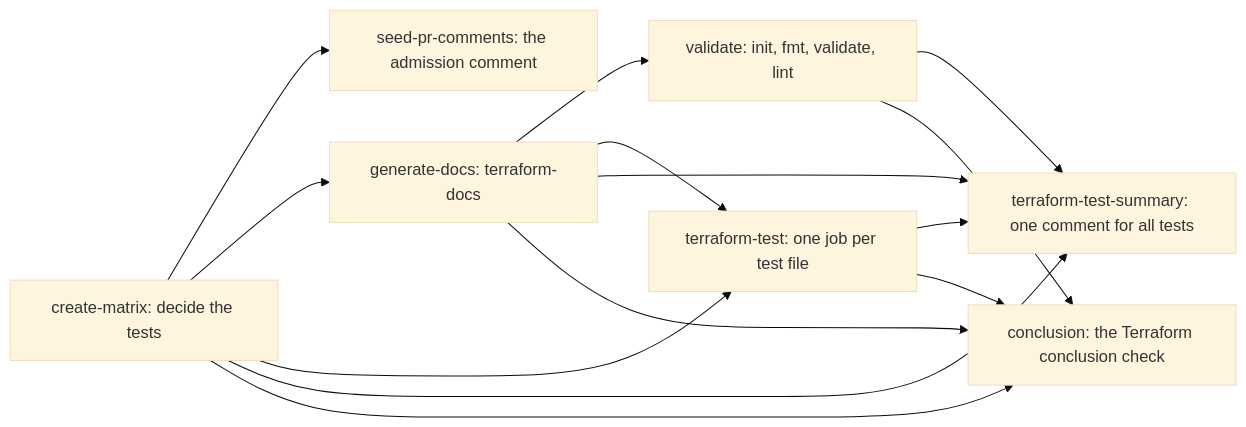
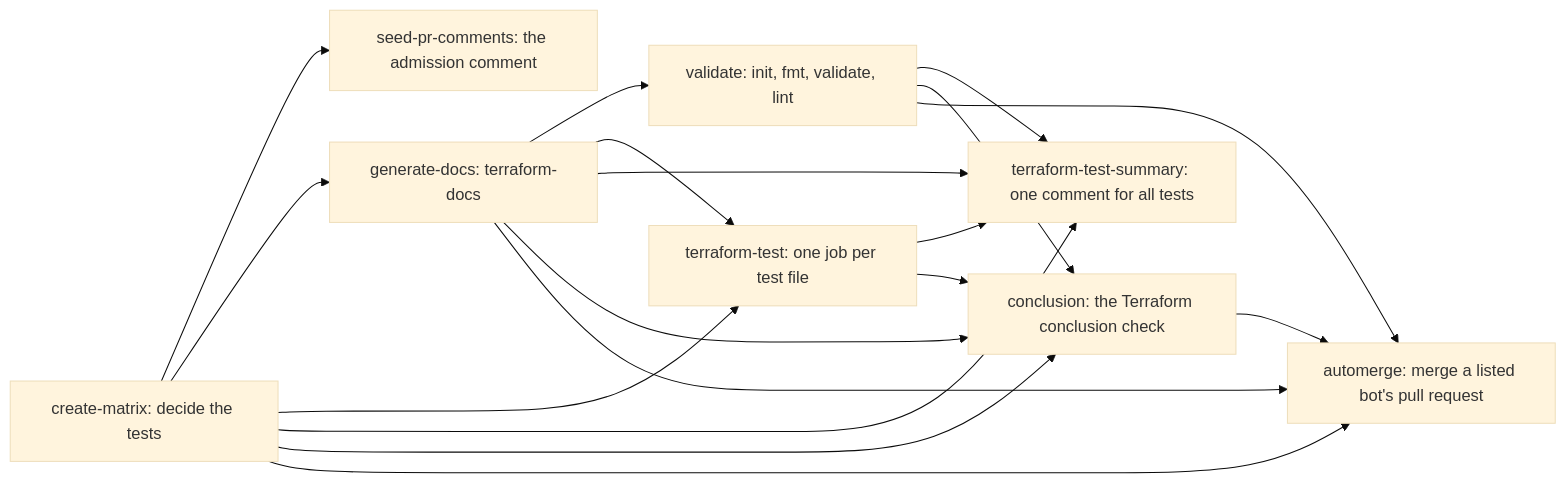
Before and after one commit to dsb-norge/github-actions-terraform: the diagram in docs/Workflow-terraform-module-ci.md, drawn with Mermaid (base theme). The commit also changed other lines of this file and 19 other files, not shown here.

````diff
--- a/docs/Workflow-terraform-module-ci.md
+++ b/docs/Workflow-terraform-module-ci.md
@@ -106,23 +109,28 @@
 ```mermaid
 flowchart LR
   matrix["create-matrix: decide the tests"]
   seed["seed-pr-comments: the admission comment"]
   docs["generate-docs: terraform-docs"]
   validate["validate: init, fmt, validate, lint"]
   test["terraform-test: one job per test file"]
   summary["terraform-test-summary: one comment for all tests"]
   conclusion["conclusion: the Terraform conclusion check"]
+  automerge["automerge: merge a listed bot's pull request"]
   matrix --> seed
   matrix --> docs
   docs --> validate
   matrix --> test
   docs --> test
   matrix --> summary
   docs --> summary
   validate --> summary
   test --> summary
   matrix --> conclusion
   docs --> conclusion
   validate --> conclusion
   test --> conclusion
+  matrix --> automerge
+  docs --> automerge
+  validate --> automerge
+  conclusion --> automerge
 ```
````
